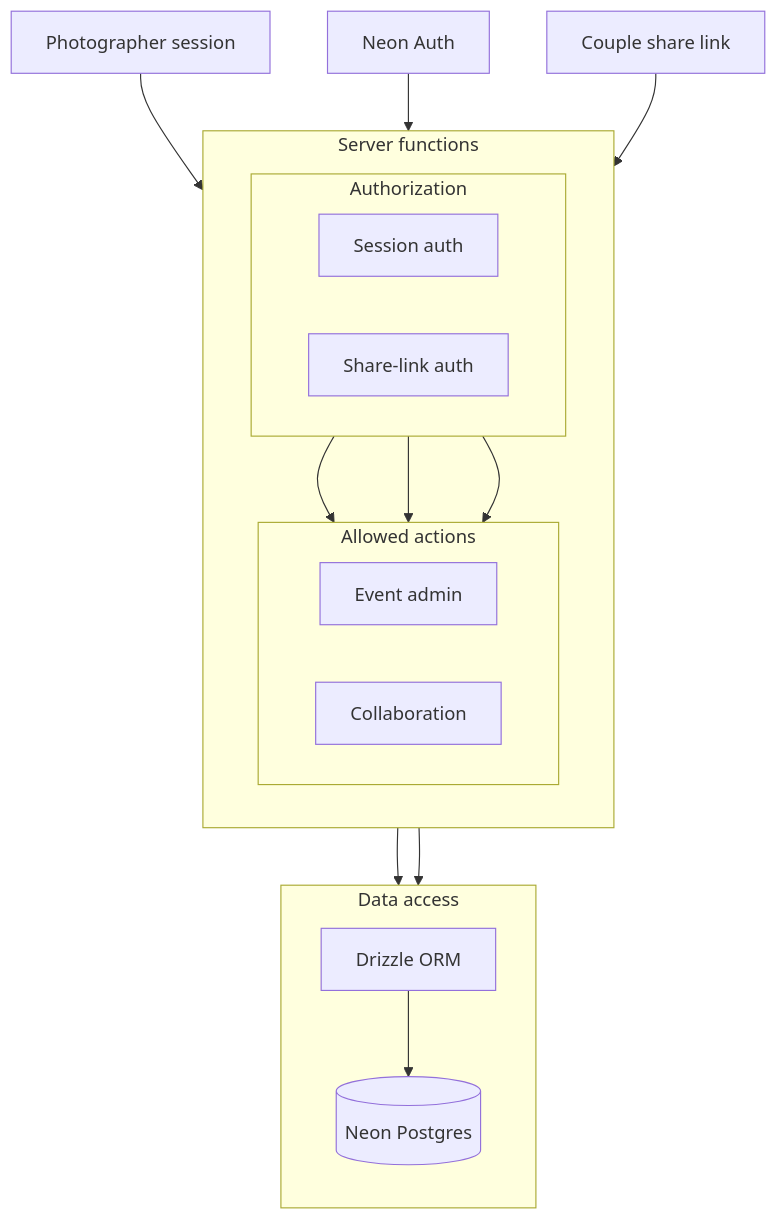
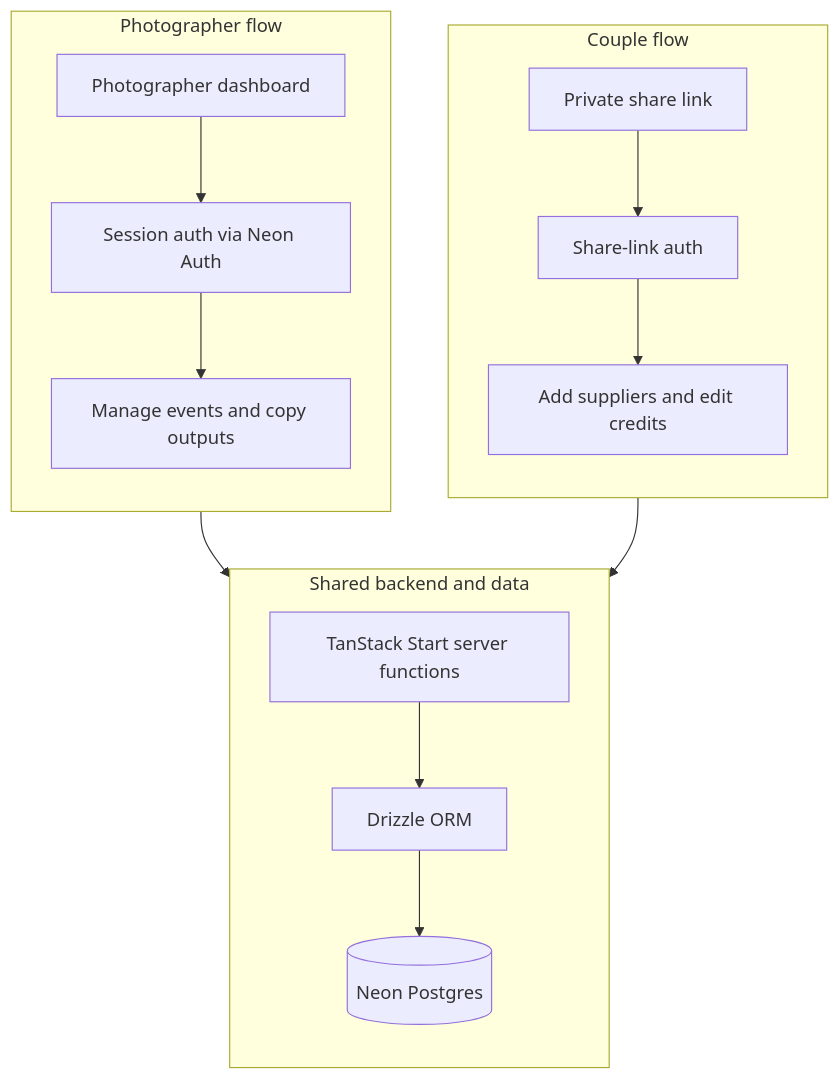
The diagram in src/assets/projects/with-thanks/access-mode-architecture.mmd (HeyHemi-dev/heyhemi), drawn with Mermaid before and after one commit. The commit also changed other lines of this file and 1 other file, not shown here.

Commit message:
Simplify With Thanks access-mode diagram flow

```diff
--- a/src/assets/projects/with-thanks/access-mode-architecture.mmd
+++ b/src/assets/projects/with-thanks/access-mode-architecture.mmd
@@ -1,36 +1,28 @@
 flowchart TD
-  P[Photographer session]
-  NA[Neon Auth]
-  C[Couple share link]
-
-  subgraph Server[Server functions]
+  subgraph SessionFlow[Photographer flow]
     direction TB
-    subgraph Checks[Authorization]
-      direction LR
-      SA[Session auth]
-      SB[Share-link auth]
-    end
-
-    subgraph Actions[Allowed actions]
-      direction LR
-      Admin[Event admin]
-      Collab[Collaboration]
-    end
+    P[Photographer dashboard]
+    SA[Session auth via Neon Auth]
+    Admin[Manage events and copy outputs]
+    P --> SA --> Admin
   end
 
-  subgraph Data[Data access]
+  subgraph ShareFlow[Couple flow]
     direction TB
+    C[Private share link]
+    SB[Share-link auth]
+    Collab[Add suppliers and edit credits]
+    C --> SB --> Collab
+  end
+
+  subgraph Shared[Shared backend and data]
+    direction TB
+    ServerFns[TanStack Start server functions]
     Drizzle[Drizzle ORM]
     DB[(Neon Postgres)]
+    ServerFns --> Drizzle --> DB
   end
 
-  P --> SA
-  NA --> SA
-  C --> SB
-  SA --> Admin
-  SA --> Collab
-  SB --> Collab
 
-  Admin --> Drizzle
-  Collab --> Drizzle
-  Drizzle --> DB
+  SessionFlow --> Shared
+  ShareFlow --> Shared
```
